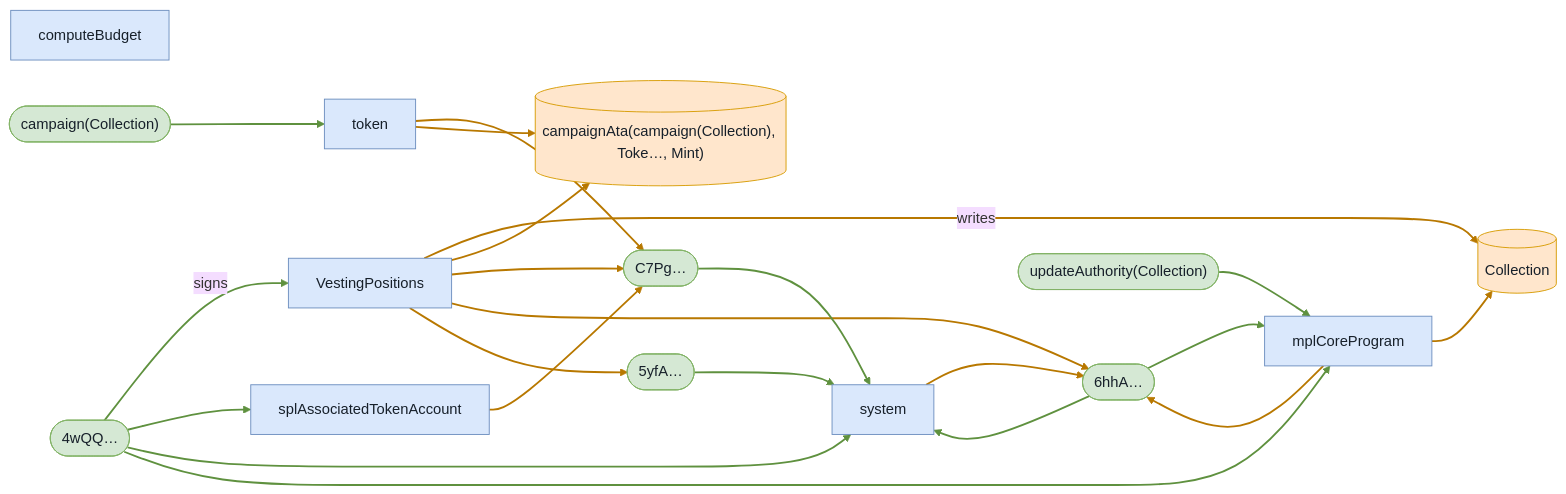
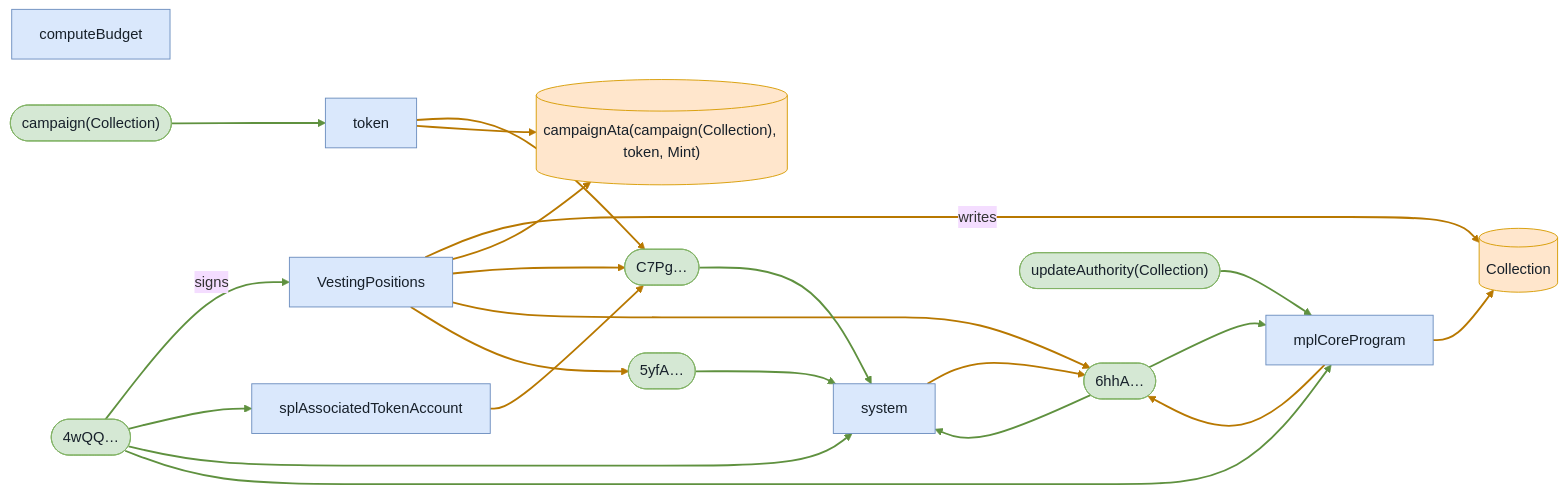
The fifth of 6 diagrams in babelfish-tests/test-report/at_end_releases_full_allocation.md (cds-turbin3/vesting-position), drawn with Mermaid (base theme) before and after one commit. The commit also changed other lines of this file and 104 other files, not shown here.

````diff
--- a/babelfish-tests/test-report/at_end_releases_full_allocation.md
+++ b/babelfish-tests/test-report/at_end_releases_full_allocation.md
@@ -286,43 +286,43 @@
 ```mermaid
 flowchart LR
     computeBudget["computeBudget"]:::program
     VestingPositions["VestingPositions"]:::program
     n4wQQ(["4wQQ…"]):::signer
     Collection[("Collection")]:::state
-    campaignAtacampaignCollectionTokeMint[("campaignAta(campaign(Collection), Toke…, Mint)")]:::state
+    campaignAtacampaignCollectiontokenMint[("campaignAta(campaign(Collection), token, Mint)")]:::state
     C7Pg(["C7Pg…"]):::signer
     n6hhA(["6hhA…"]):::signer
     n5yfA(["5yfA…"]):::signer
     splAssociatedTokenAccount["splAssociatedTokenAccount"]:::program
     token["token"]:::program
     system["system"]:::program
     mplCoreProgram["mplCoreProgram"]:::program
     updateAuthorityCollection(["updateAuthority(Collection)"]):::signer
     campaignCollection(["campaign(Collection)"]):::signer
     n4wQQ -->|signs| VestingPositions
     VestingPositions -->|writes| Collection
-    VestingPositions --> campaignAtacampaignCollectionTokeMint
+    VestingPositions --> campaignAtacampaignCollectiontokenMint
     VestingPositions --> C7Pg
     VestingPositions --> n6hhA
     VestingPositions --> n5yfA
     n4wQQ --> splAssociatedTokenAccount
     splAssociatedTokenAccount --> C7Pg
     n4wQQ --> system
     C7Pg --> system
     token --> C7Pg
     n5yfA --> system
     n6hhA --> mplCoreProgram
     mplCoreProgram --> Collection
     updateAuthorityCollection --> mplCoreProgram
     n4wQQ --> mplCoreProgram
     n6hhA --> system
     system --> n6hhA
-    token --> campaignAtacampaignCollectionTokeMint
+    token --> campaignAtacampaignCollectiontokenMint
     campaignCollection --> token
     mplCoreProgram --> n6hhA
     classDef program fill:#dae8fc,stroke:#6c8ebf,color:#17202a;
     classDef signer fill:#d5e8d4,stroke:#82b366,color:#17202a;
     classDef state fill:#ffe6cc,stroke:#d79b00,color:#17202a;
     linkStyle 0,6,8,9,11,12,14,15,16,19 stroke:#5f913f,stroke-width:2px
     linkStyle 1,2,3,4,5,7,10,13,17,18,20 stroke:#b87800,stroke-width:2px
 ```
````
